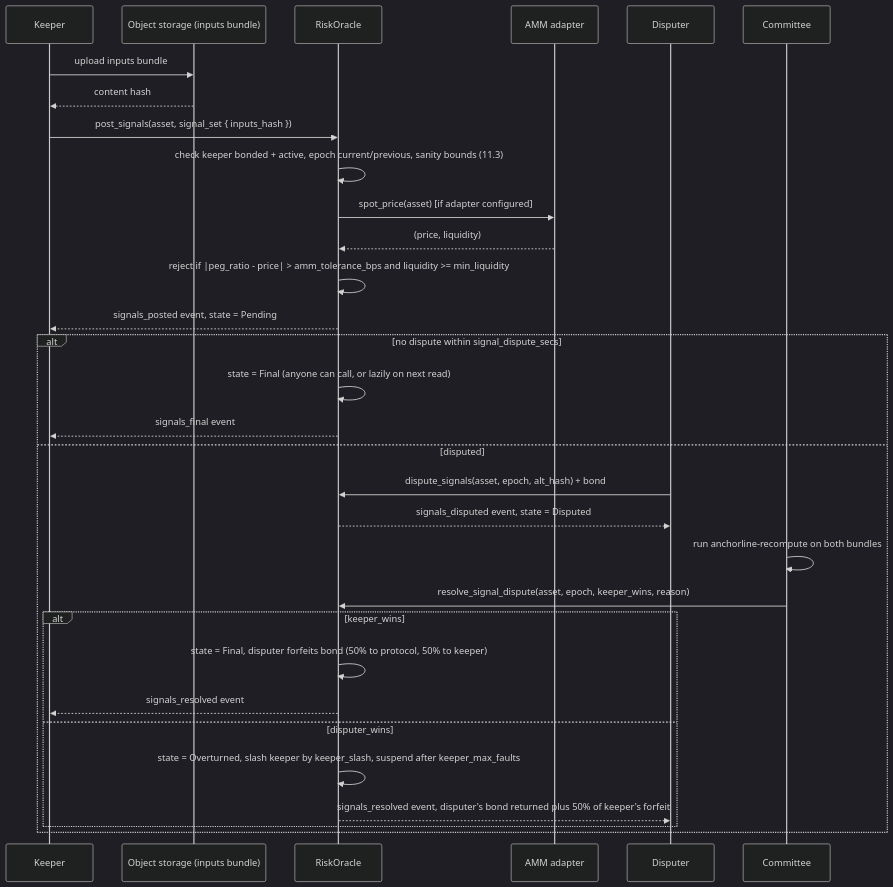
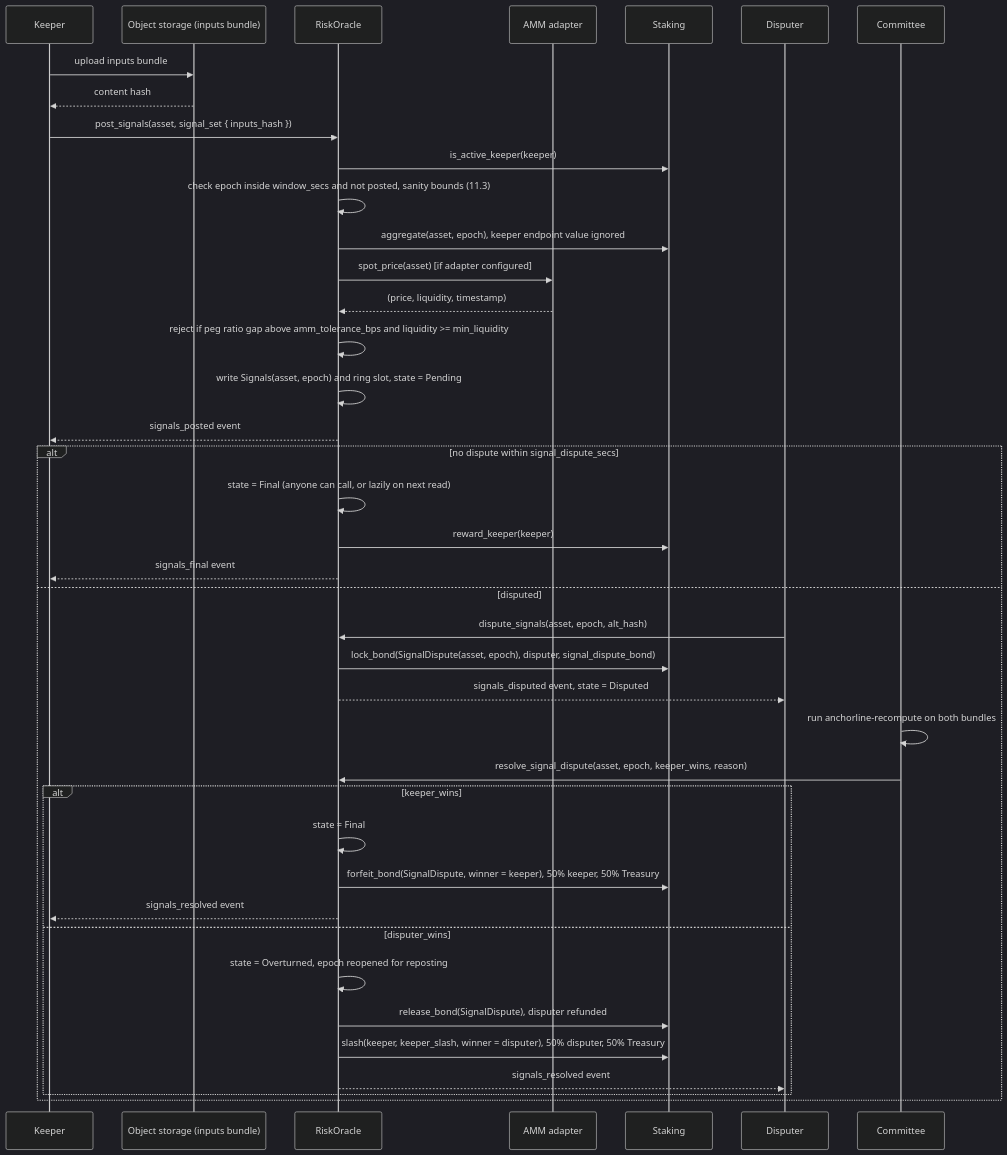
Before and after one commit to Sylox-labs/sylox: the fourth of 14 diagrams in technical-doc.md, drawn with Mermaid (dark theme). The commit also changed other lines of this file, not shown here.

````diff
--- a/technical-doc.md
+++ b/technical-doc.md
@@ -378,35 +600,44 @@
 ```mermaid
 sequenceDiagram
   participant Keeper
   participant Store as Object storage (inputs bundle)
   participant Oracle as RiskOracle
   participant AMM as AMM adapter
+  participant Staking
   participant Disputer
   participant Committee
 
   Keeper->>Store: upload inputs bundle
   Store-->>Keeper: content hash
   Keeper->>Oracle: post_signals(asset, signal_set { inputs_hash })
-  Oracle->>Oracle: check keeper bonded + active, epoch current/previous, sanity bounds (11.3)
+  Oracle->>Staking: is_active_keeper(keeper)
+  Oracle->>Oracle: check epoch inside window_secs and not posted, sanity bounds (11.3)
+  Oracle->>Staking: aggregate(asset, epoch), keeper endpoint value ignored
   Oracle->>AMM: spot_price(asset) [if adapter configured]
-  AMM-->>Oracle: (price, liquidity)
-  Oracle->>Oracle: reject if |peg_ratio - price| > amm_tolerance_bps and liquidity >= min_liquidity
-  Oracle-->>Keeper: signals_posted event, state = Pending
+  AMM-->>Oracle: (price, liquidity, timestamp)
+  Oracle->>Oracle: reject if peg ratio gap above amm_tolerance_bps and liquidity >= min_liquidity
+  Oracle->>Oracle: write Signals(asset, epoch) and ring slot, state = Pending
+  Oracle-->>Keeper: signals_posted event
 
   alt no dispute within signal_dispute_secs
     Oracle->>Oracle: state = Final (anyone can call, or lazily on next read)
+    Oracle->>Staking: reward_keeper(keeper)
     Oracle-->>Keeper: signals_final event
   else disputed
-    Disputer->>Oracle: dispute_signals(asset, epoch, alt_hash) + bond
+    Disputer->>Oracle: dispute_signals(asset, epoch, alt_hash)
+    Oracle->>Staking: lock_bond(SignalDispute(asset, epoch), disputer, signal_dispute_bond)
     Oracle-->>Disputer: signals_disputed event, state = Disputed
     Committee->>Committee: run anchorline-recompute on both bundles
     Committee->>Oracle: resolve_signal_dispute(asset, epoch, keeper_wins, reason)
     alt keeper_wins
-      Oracle->>Oracle: state = Final, disputer forfeits bond (50% to protocol, 50% to keeper)
+      Oracle->>Oracle: state = Final
+      Oracle->>Staking: forfeit_bond(SignalDispute, winner = keeper), 50% keeper, 50% Treasury
       Oracle-->>Keeper: signals_resolved event
     else disputer_wins
-      Oracle->>Oracle: state = Overturned, slash keeper by keeper_slash, suspend after keeper_max_faults
-      Oracle-->>Disputer: signals_resolved event, disputer's bond returned plus 50% of keeper's forfeit
+      Oracle->>Oracle: state = Overturned, epoch reopened for reposting
+      Oracle->>Staking: release_bond(SignalDispute), disputer refunded
+      Oracle->>Staking: slash(keeper, keeper_slash, winner = disputer), 50% disputer, 50% Treasury
+      Oracle-->>Disputer: signals_resolved event
     end
   end
 ```
````
